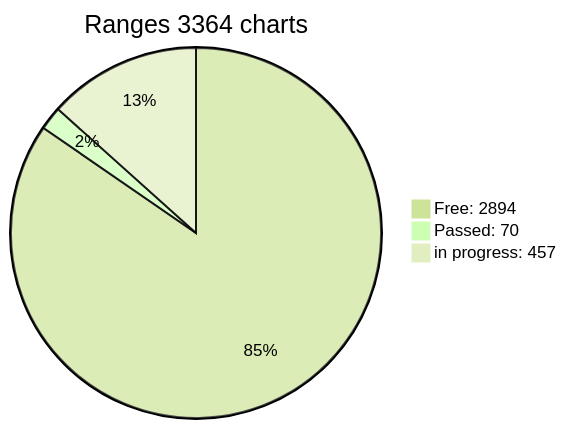
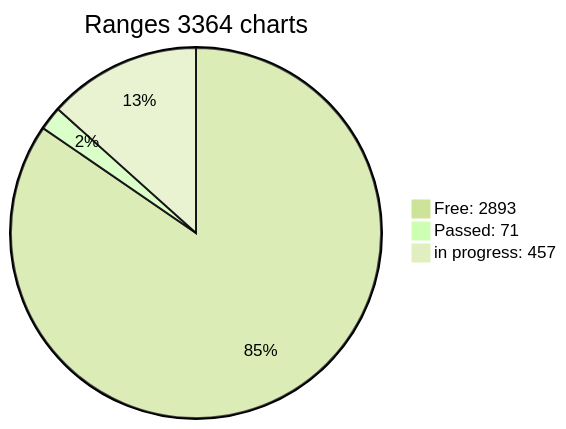
Before and after one commit to phrutis/wif500: the diagram in x64/Release/table.md, drawn with Mermaid (forest theme). The commit also changed other lines of this file, not shown here.

````diff
--- a/x64/Release/table.md
+++ b/x64/Release/table.md
@@ -3,6 +3,6 @@
 ```mermaid
 pie title Ranges 3364 charts
-"Free: 2894" : 2894
-"Passed: 70" : 70
+"Free: 2893" : 2893
+"Passed: 71" : 71
 "in progress: 457" : 457
 ``` 
````
